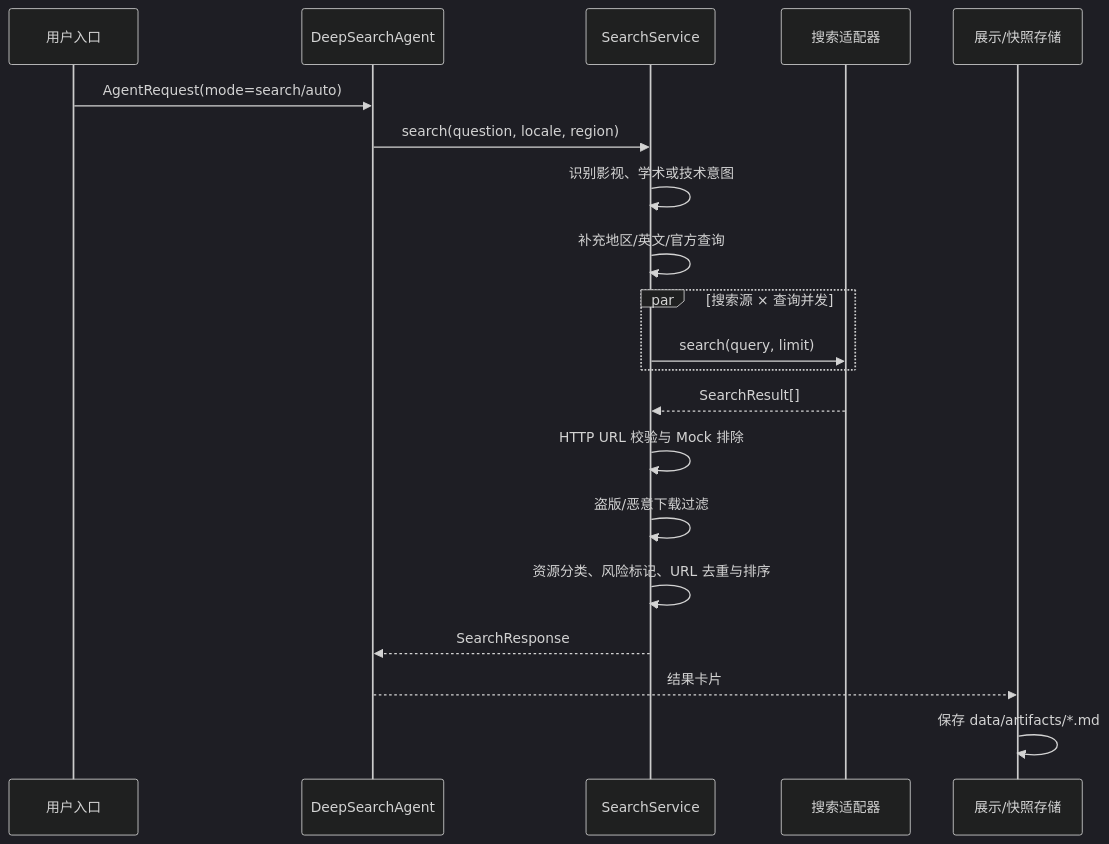
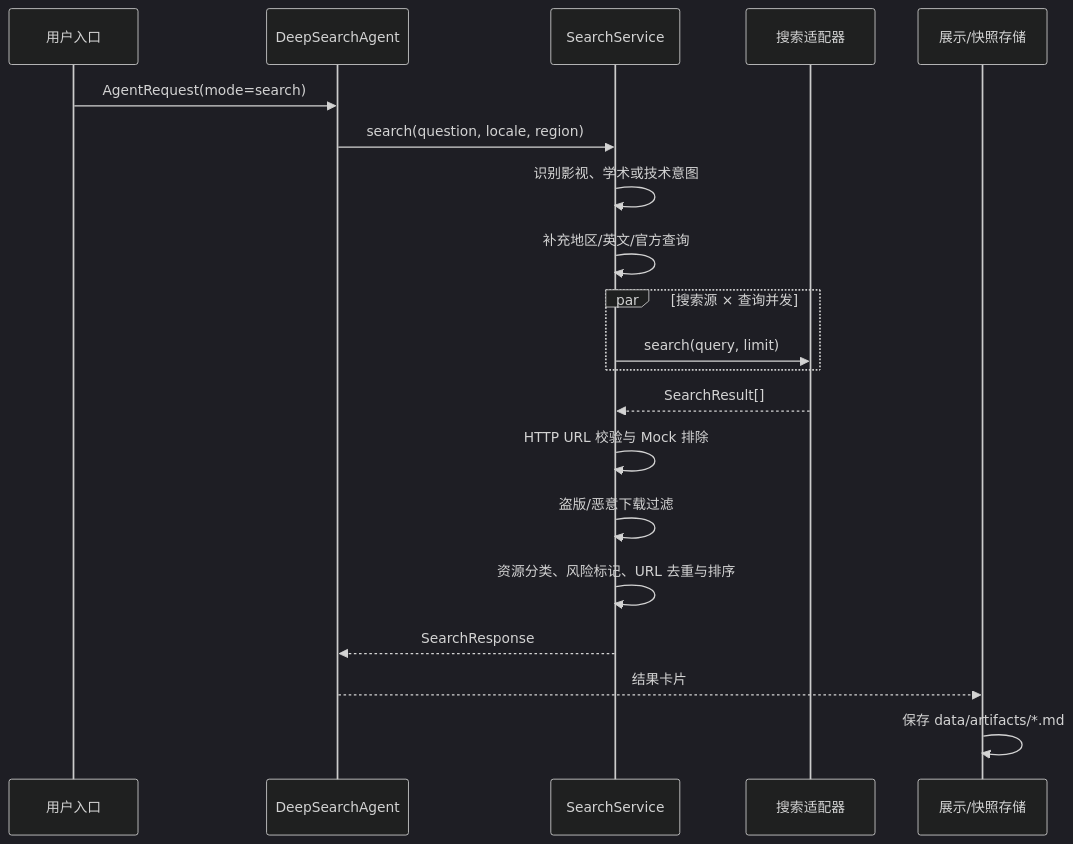
The third of 5 diagrams in README.md (AllSuoHa/DeepSearch), drawn with Mermaid (dark theme) before and after one commit. The commit also changed other lines of this file and 34 other files, not shown here.

````diff
--- a/README.md
+++ b/README.md
@@ -400,23 +406,23 @@
 ```mermaid
 sequenceDiagram
     participant U as 用户入口
     participant A as DeepSearchAgent
     participant S as SearchService
     participant P as 搜索适配器
     participant F as 展示/快照存储
 
-    U->>A: AgentRequest(mode=search/auto)
+    U->>A: AgentRequest(mode=search)
     A->>S: search(question, locale, region)
     S->>S: 识别影视、学术或技术意图
     S->>S: 补充地区/英文/官方查询
     par 搜索源 × 查询并发
         S->>P: search(query, limit)
     end
     P-->>S: SearchResult[]
     S->>S: HTTP URL 校验与 Mock 排除
     S->>S: 盗版/恶意下载过滤
     S->>S: 资源分类、风险标记、URL 去重与排序
     S-->>A: SearchResponse
     A-->>F: 结果卡片
     F->>F: 保存 data/artifacts/*.md
 ```
````
